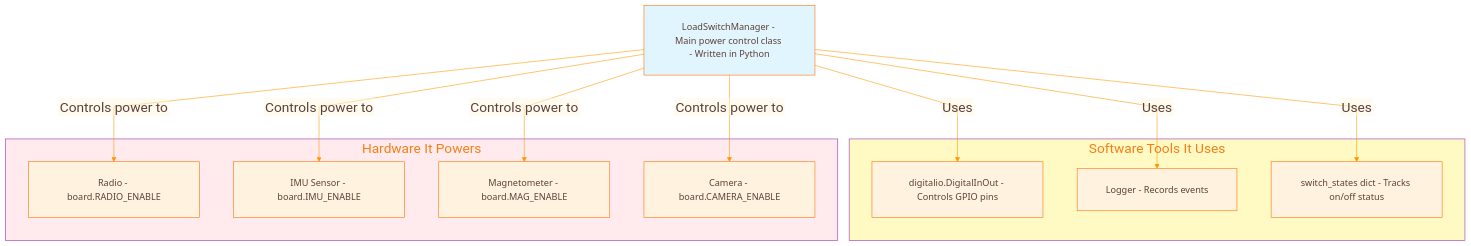
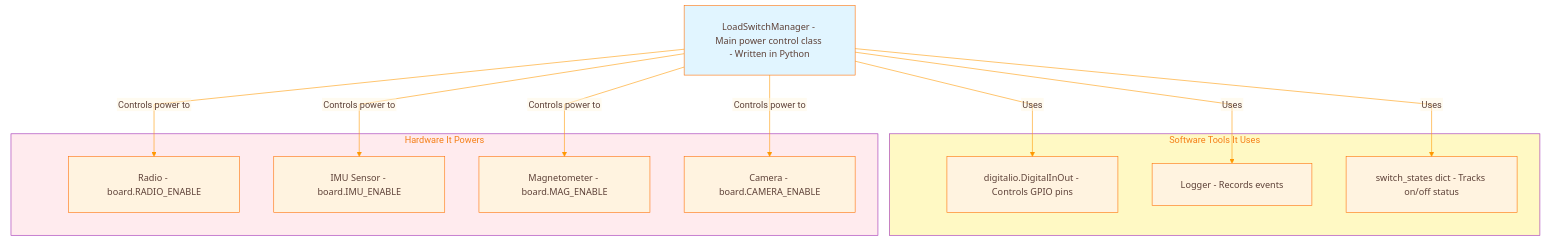
Before and after one commit to Lizo-RoadTown/PROVES_LIBRARY: the third of 5 diagrams in docs/diagrams/overview.md, drawn with Mermaid. The commit also changed other lines of this file and 6 other files, not shown here.

````diff
--- a/docs/diagrams/overview.md
+++ b/docs/diagrams/overview.md
@@ -485,7 +490,7 @@
 ---
 config:
   theme: base
-  fontSize: 20
+  fontSize: 16
   themeCSS: |
     .node rect, .cluster rect, .edgePath path { transition: filter 0.2s ease, stroke-width: 0.2s ease; }
     .node:hover rect, .cluster:hover rect, .edgePath:hover path { filter: drop-shadow(0 0 8px rgba(0,0,0,0.35)); stroke-width: 3px; }
@@ -505,7 +510,7 @@
     textColor: '#5D4037'
     lineColor: '#FF9800'
     fontFamily: '"Segoe UI", Tahoma, Geneva, Verdana, sans-serif'
-    fontSize: '24px'
+    fontSize: '16px'
     nodeBorder: '#FF6F00'
     mainBkg: '#FFF3E0'
     clusterBkg: '#F3E5F5'
@@ -561,7 +566,7 @@
     attributeBackgroundColorOdd: '#FFF8E1'
     attributeBackgroundColorEven: '#FFF3E0'
   gantt:
-    fontSize: 20
+    fontSize: 16
     barHeight: 24
     barGap: 6
     topPadding: 50
@@ -670,12 +675,14 @@
     LSM[LoadSwitchManager - Main power control class - Written in Python]
 
     subgraph TOOLS ["Software Tools It Uses"]
+        spacer37[ ]:::spacer
         DIO[digitalio.DigitalInOut - Controls GPIO pins]
         LOGGER[Logger - Records events]
         STATE[switch_states dict - Tracks on/off status]
     end
 
     subgraph DEVICES ["Hardware It Powers"]
+        spacer38[ ]:::spacer
         RADIO[Radio - board.RADIO_ENABLE]
         IMU[IMU Sensor - board.IMU_ENABLE]
         MAG[Magnetometer - board.MAG_ENABLE]
@@ -697,4 +704,5 @@
     %% Font sizing classes for consistency
     classDef default font-size:16px,font-family:Segoe UI,Tahoma,Geneva,Verdana,sans-serif;
     classDef diamond font-size:14px,font-family:Segoe UI,Tahoma,Geneva,Verdana,sans-serif;
+    classDef spacer fill:none,stroke:none,color:transparent,width:1px,height:1px;
 ```
````
